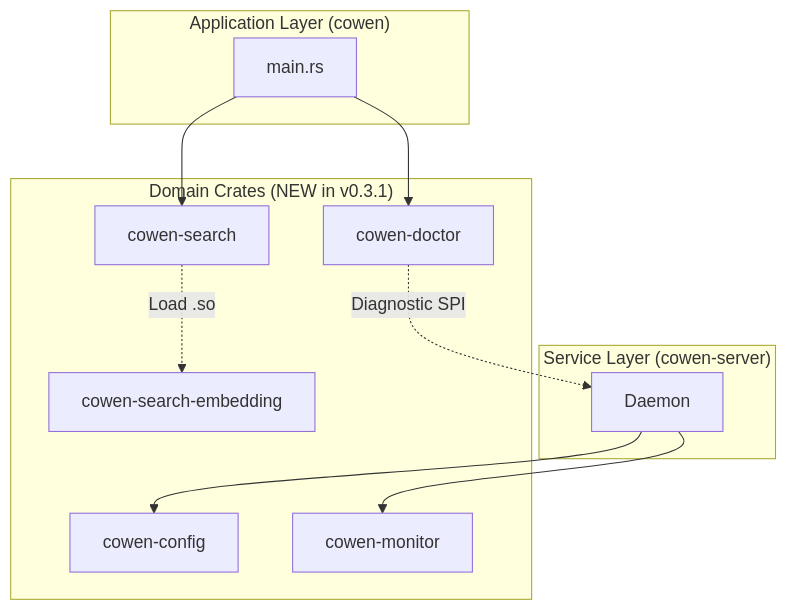
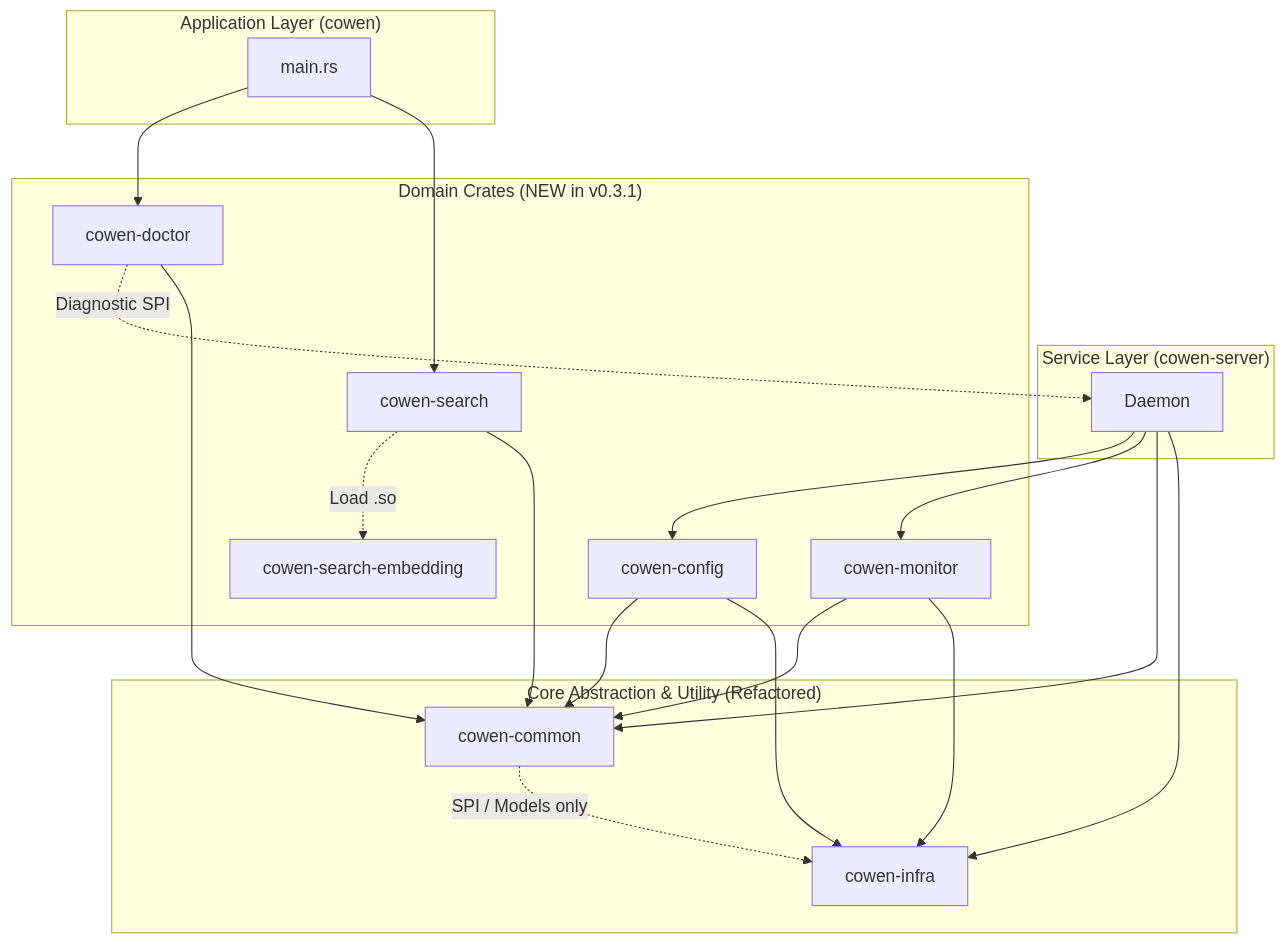
One commit to Chanjet/chanjet-openplatform-stream-java changed the diagram in cli/cowen/docs/HLD.md. Above: the diagram before and after it, drawn with Mermaid. The commit also changed other lines of this file and 4 other files, not shown here.

````diff
--- a/cli/cowen/docs/HLD.md
+++ b/cli/cowen/docs/HLD.md
@@ -9,26 +9,43 @@
 ```mermaid
 graph TD
     subgraph "Application Layer (cowen)"
         Main[main.rs]
     end
 
     subgraph "Service Layer (cowen-server)"
         Daemon
     end
 
     subgraph "Domain Crates (NEW in v0.3.1)"
         cowen_config[cowen-config]
         cowen_monitor[cowen-monitor]
         cowen_doctor[cowen-doctor]
         cowen_search[cowen-search]
         cowen_search_emb[cowen-search-embedding]
     end
 
+    subgraph "Core Abstraction & Utility (Refactored)"
+        cowen_common[cowen-common]
+        cowen_infra[cowen-infra]
+    end
+
     Main --> cowen_doctor
     Main --> cowen_search
     Daemon --> cowen_config
     Daemon --> cowen_monitor
     
     cowen_doctor -. "Diagnostic SPI" .-> Daemon
     cowen_search -. "Load .so" .-> cowen_search_emb
+
+    %% Core dependencies
+    Daemon --> cowen_common
+    cowen_config --> cowen_common
+    cowen_monitor --> cowen_common
+    cowen_doctor --> cowen_common
+    cowen_search --> cowen_common
+
+    cowen_common -. "SPI / Models only" .-> cowen_infra
+    Daemon --> cowen_infra
+    cowen_config --> cowen_infra
+    cowen_monitor --> cowen_infra
 ```
````
